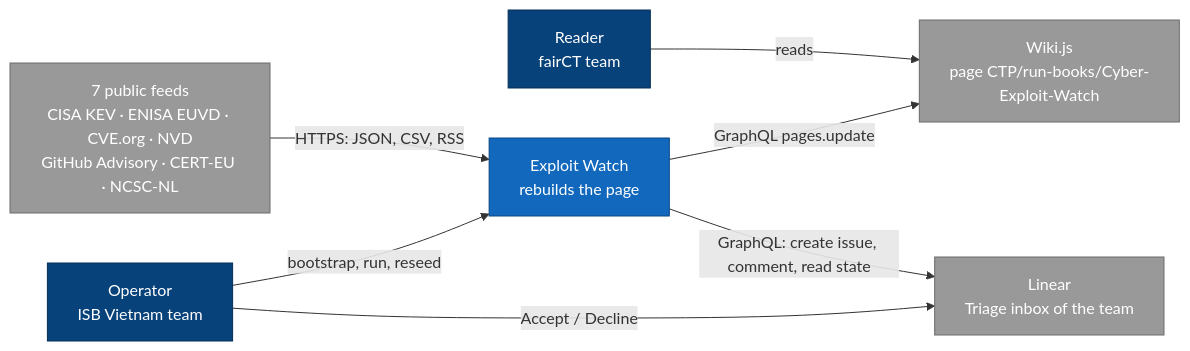
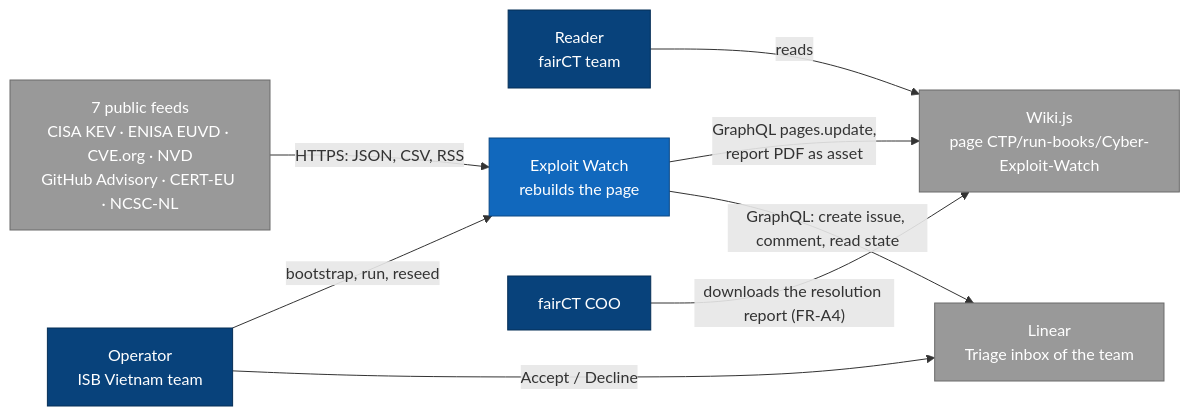
One commit to mckema/cyber-dashboard changed the first of 4 diagrams in README.md. Above: the diagram before and after it, drawn with Mermaid. The commit also changed other lines of this file and 21 other files, not shown here.

First line of the commit message:
feat(report): FR-A4 resolution report, monthly and on demand

````diff
--- a/README.md
+++ b/README.md
@@ -67,21 +70,23 @@
 ```mermaid
 flowchart LR
   classDef person fill:#08427b,stroke:#052e56,color:#fff
   classDef system fill:#1168bd,stroke:#0b4884,color:#fff
   classDef container fill:#438dd5,stroke:#2e6295,color:#fff
   classDef ext fill:#999,stroke:#6b6b6b,color:#fff
 
   reader["Reader<br/>fairCT team"]:::person
   op["Operator<br/>ISB Vietnam team"]:::person
   ew["Exploit Watch<br/>rebuilds the page"]:::system
   feeds["7 public feeds<br/>CISA KEV · ENISA EUVD · CVE.org · NVD<br/>GitHub Advisory · CERT-EU · NCSC-NL"]:::ext
   wiki["Wiki.js<br/>page CTP/run-books/Cyber-Exploit-Watch"]:::ext
   linear["Linear<br/>Triage inbox of the team"]:::ext
+  coo["fairCT COO"]:::person
 
   feeds -->|"HTTPS: JSON, CSV, RSS"| ew
-  ew -->|"GraphQL pages.update"| wiki
+  ew -->|"GraphQL pages.update,<br/>report PDF as asset"| wiki
   ew -->|"GraphQL: create issue, comment, read state"| linear
   reader -->|reads| wiki
+  coo -->|"downloads the resolution report (FR-A4)"| wiki
   op -->|"bootstrap, run, reseed"| ew
   op -->|"Accept / Decline"| linear
 ```
````
